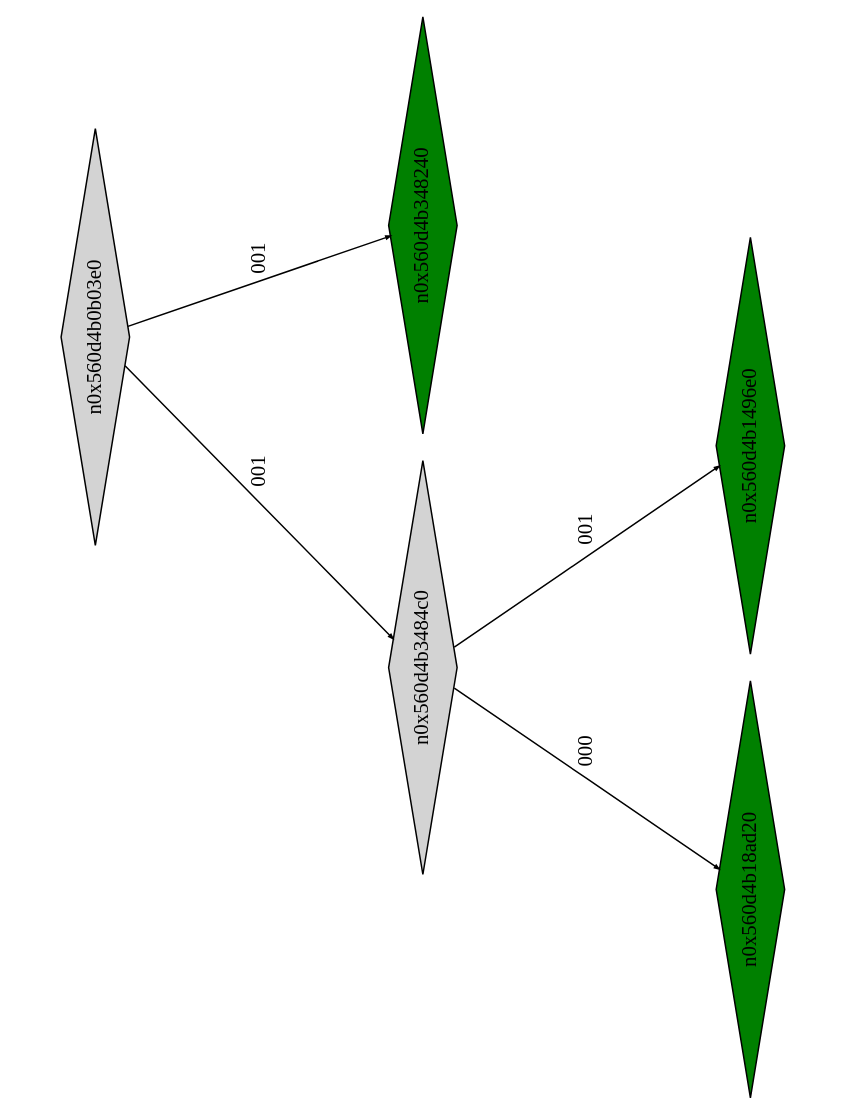
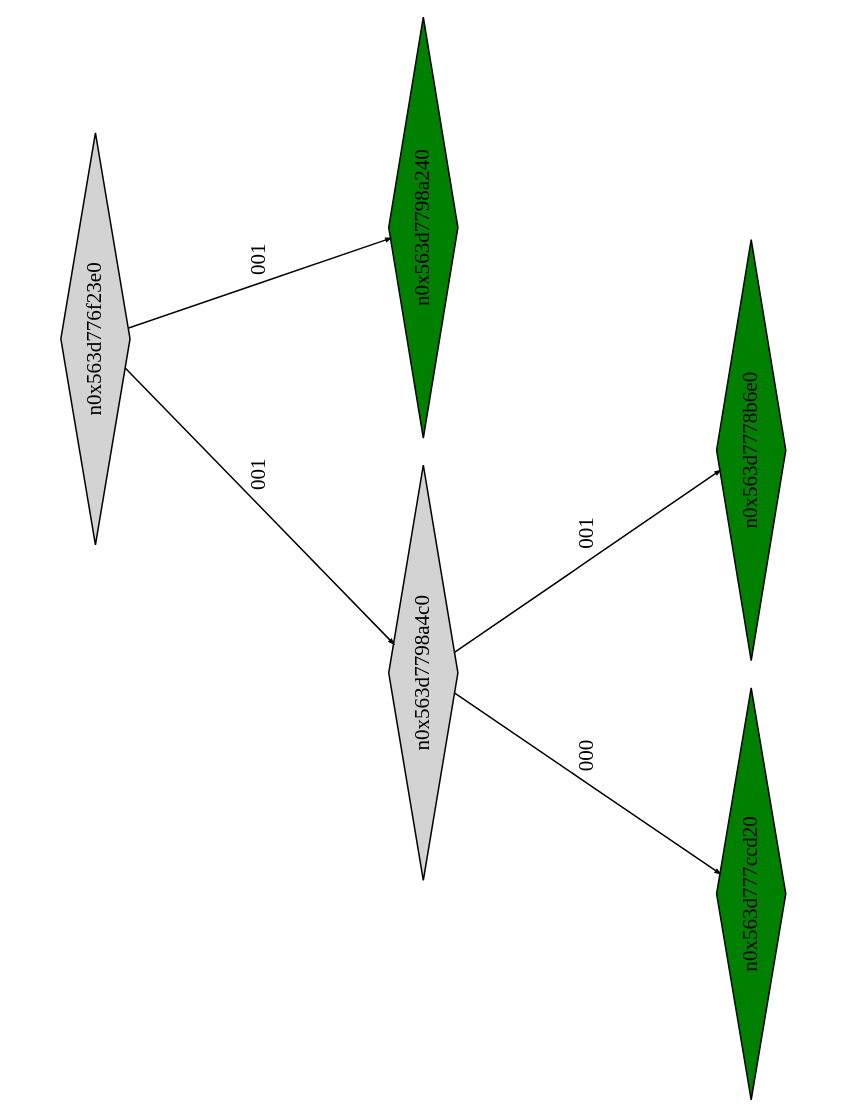
The diagram in example3_klee_out/ptree_00002139.dot (Research-Tools-PAVT/PSE-Program-Examples), drawn with Graphviz before and after one commit. The commit also changed 80 other files, not shown here.

```diff
--- a/example3_klee_out/ptree_00002139.dot
+++ b/example3_klee_out/ptree_00002139.dot
@@ -1,17 +1,17 @@
 digraph G {
 	size="10,7.5";
 	ratio=fill;
 	rotate=90;
 	center = "true";
 	node [style="filled",width=.1,height=.1,fontname="Terminus"]
 	edge [arrowsize=.3]
-	n0x560d4b0b03e0 [shape=diamond];
-	n0x560d4b0b03e0 -> n0x560d4b3484c0 [label=001];
-	n0x560d4b0b03e0 -> n0x560d4b348240 [label=001];
-	n0x560d4b348240 [shape=diamond,fillcolor=green];
-	n0x560d4b3484c0 [shape=diamond];
-	n0x560d4b3484c0 -> n0x560d4b18ad20 [label=000];
-	n0x560d4b3484c0 -> n0x560d4b1496e0 [label=001];
-	n0x560d4b1496e0 [shape=diamond,fillcolor=green];
-	n0x560d4b18ad20 [shape=diamond,fillcolor=green];
+	n0x563d776f23e0 [shape=diamond];
+	n0x563d776f23e0 -> n0x563d7798a4c0 [label=001];
+	n0x563d776f23e0 -> n0x563d7798a240 [label=001];
+	n0x563d7798a240 [shape=diamond,fillcolor=green];
+	n0x563d7798a4c0 [shape=diamond];
+	n0x563d7798a4c0 -> n0x563d777ccd20 [label=000];
+	n0x563d7798a4c0 -> n0x563d7778b6e0 [label=001];
+	n0x563d7778b6e0 [shape=diamond,fillcolor=green];
+	n0x563d777ccd20 [shape=diamond,fillcolor=green];
 }
```
